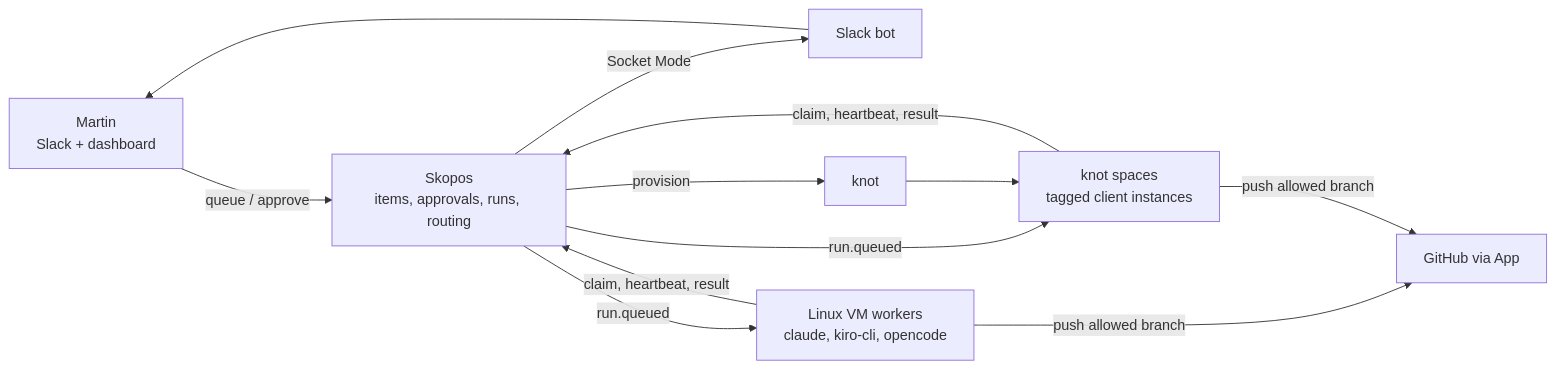
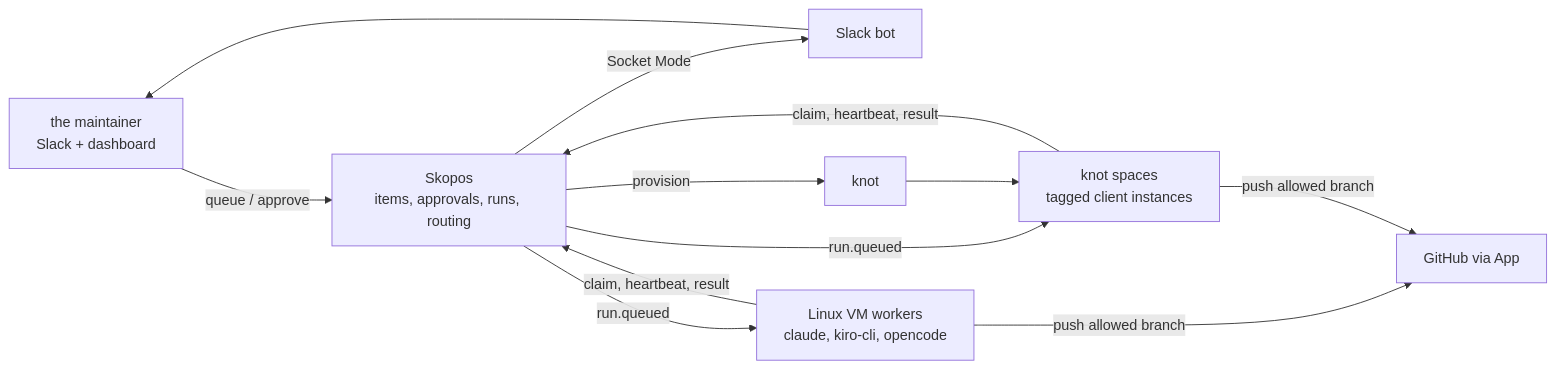
One commit to martinsuchenak/skopos changed the second of 3 diagrams in docs/design/agent-pipeline.md. Above: the diagram before and after it, drawn with Mermaid. The commit also changed other lines of this file and 121 other files, not shown here.

````diff
--- a/docs/design/agent-pipeline.md
+++ b/docs/design/agent-pipeline.md
@@ -95,14 +95,14 @@
 ```mermaid
 flowchart LR
-    M[Martin<br/>Slack + dashboard] -- queue / approve --> S[Skopos<br/>items, approvals, runs, routing]
+    M[the maintainer<br/>Slack + dashboard] -- queue / approve --> S[Skopos<br/>items, approvals, runs, routing]
     S -- Socket Mode --> SL[Slack bot]
     SL --> M
     S -- run.queued --> W1[Linux VM workers<br/>claude, kiro-cli, opencode]
     S -- run.queued --> W2[knot spaces<br/>tagged client instances]
     S -- provision --> K[knot]
     K --> W2
     W1 -- claim, heartbeat, result --> S
     W2 -- claim, heartbeat, result --> S
     W1 -- push allowed branch --> GH[GitHub via App]
     W2 -- push allowed branch --> GH
 ```
````
